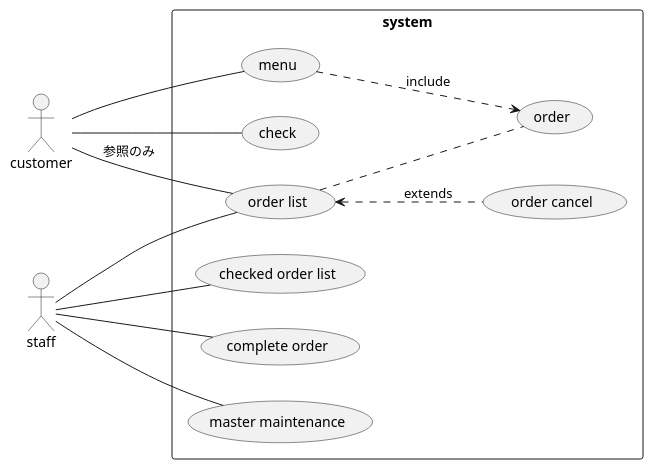
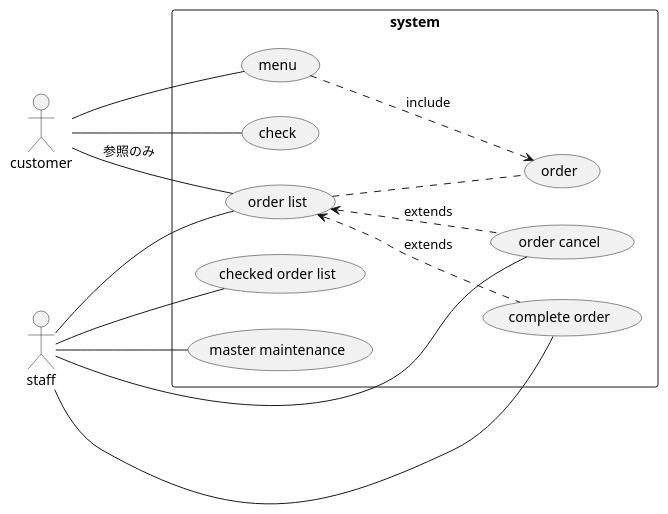
One commit to wazatoki/Mimosa changed the diagram in documents/plantuml/usecase/mimosa.pu. Above: the diagram before and after it, drawn with PlantUML. The commit also changed 4 other files, not shown here.

```diff
--- a/documents/plantuml/usecase/mimosa.pu
+++ b/documents/plantuml/usecase/mimosa.pu
@@ -1,24 +1,25 @@
 @startuml mimosa
 
 left to right direction
 
 rectangle system {
     (menu) ..> (order) : include
     (check)
     (order list) .. (order)
     (order list) <.. (order cancel) : extends
 
+    (order list) <.. (complete order) : extends
     (checked order list)
-    (complete order)
     (master maintenance)
 }
 :customer: -- (menu)
 :customer: -- (order list) : 参照のみ
 :customer: -- (check)
 
 :staff: -- (checked order list)
 :staff: -- (master maintenance)
 :staff: -- (order list) 
 :staff: -- (complete order)
+:staff: -- (order cancel)
 
 @enduml
```
